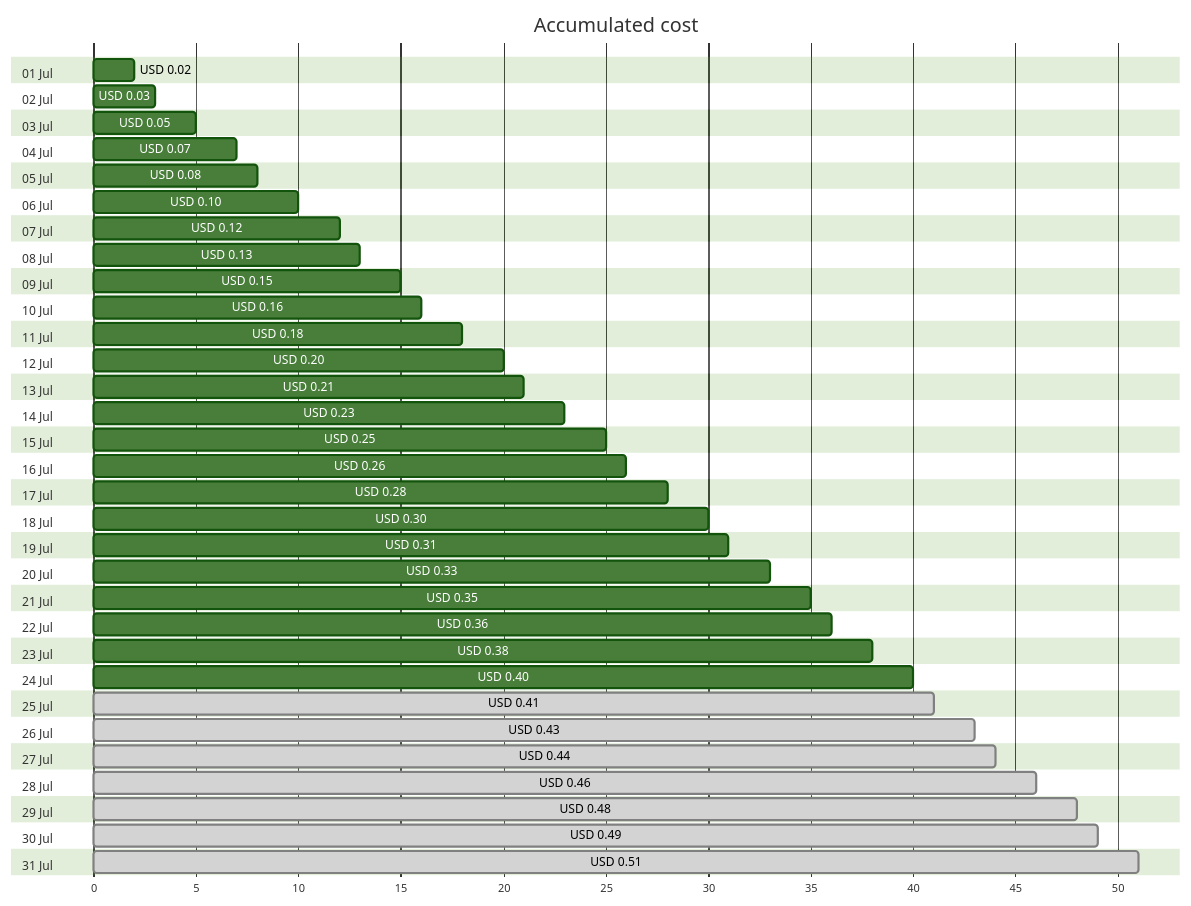
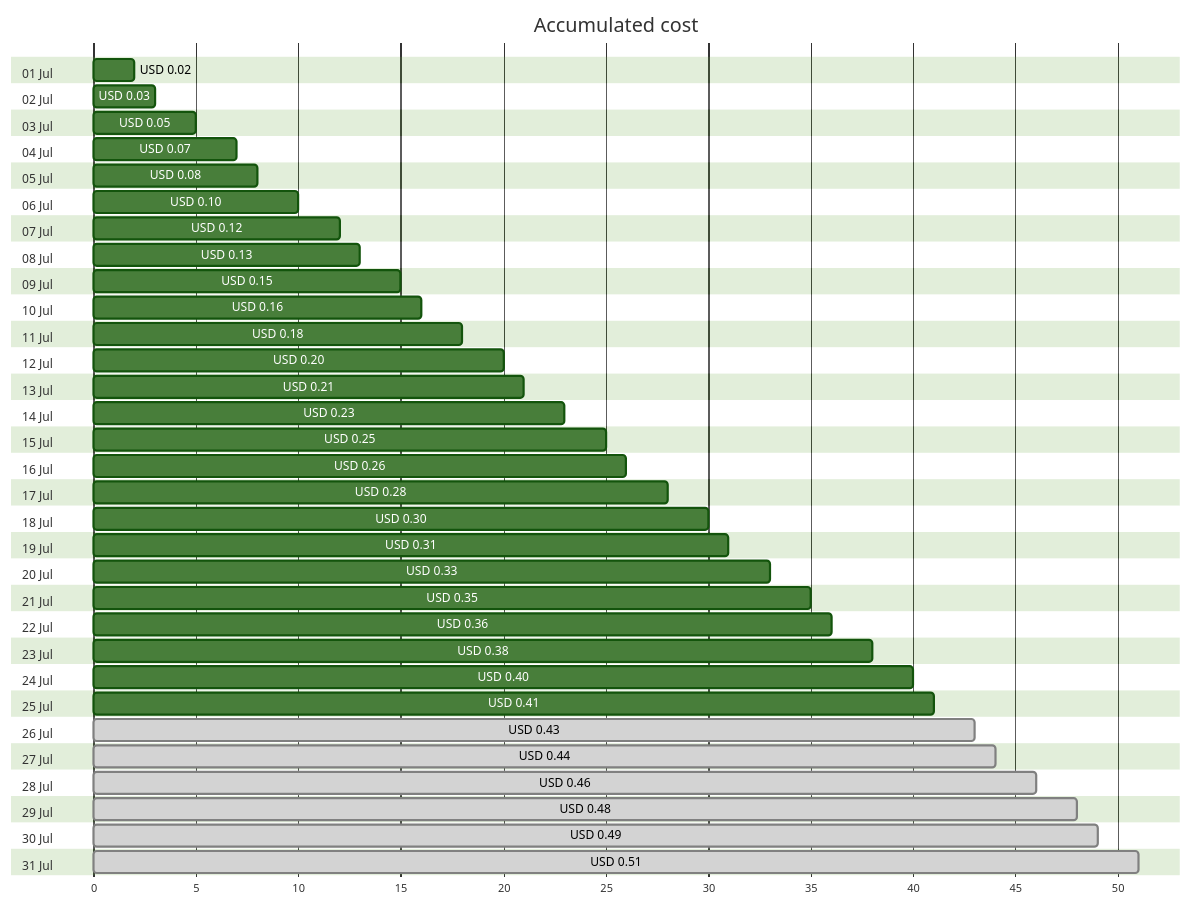
The first of 4 diagrams in cost-reports/personal-dns/jpatrickfulton.com.md (jpfulton/azure-personal-reports), drawn with Mermaid (forest theme) before and after one commit. The commit also changed other lines of this file and 2 other files, not shown here.

````diff
--- a/cost-reports/personal-dns/jpatrickfulton.com.md
+++ b/cost-reports/personal-dns/jpatrickfulton.com.md
@@ -20,68 +20,68 @@
 ```mermaid
 gantt
    title Accumulated cost
    dateFormat  X
    axisFormat %s
    section 01 Jul
    USD 0.02 :0, 2
    section 02 Jul
    USD 0.03 :0, 3
    section 03 Jul
    USD 0.05 :0, 5
    section 04 Jul
    USD 0.07 :0, 7
    section 05 Jul
    USD 0.08 :0, 8
    section 06 Jul
    USD 0.10 :0, 10
    section 07 Jul
    USD 0.12 :0, 12
    section 08 Jul
    USD 0.13 :0, 13
    section 09 Jul
    USD 0.15 :0, 15
    section 10 Jul
    USD 0.16 :0, 16
    section 11 Jul
    USD 0.18 :0, 18
    section 12 Jul
    USD 0.20 :0, 20
    section 13 Jul
    USD 0.21 :0, 21
    section 14 Jul
    USD 0.23 :0, 23
    section 15 Jul
    USD 0.25 :0, 25
    section 16 Jul
    USD 0.26 :0, 26
    section 17 Jul
    USD 0.28 :0, 28
    section 18 Jul
    USD 0.30 :0, 30
    section 19 Jul
    USD 0.31 :0, 31
    section 20 Jul
    USD 0.33 :0, 33
    section 21 Jul
    USD 0.35 :0, 35
    section 22 Jul
    USD 0.36 :0, 36
    section 23 Jul
    USD 0.38 :0, 38
    section 24 Jul
    USD 0.40 :0, 40
    section 25 Jul
-   USD 0.41 : done, 0, 41
+   USD 0.41 :0, 41
    section 26 Jul
    USD 0.43 : done, 0, 43
    section 27 Jul
    USD 0.44 : done, 0, 44
    section 28 Jul
    USD 0.46 : done, 0, 46
    section 29 Jul
    USD 0.48 : done, 0, 48
    section 30 Jul
    USD 0.49 : done, 0, 49
    section 31 Jul
    USD 0.51 : done, 0, 51
 ```
````
